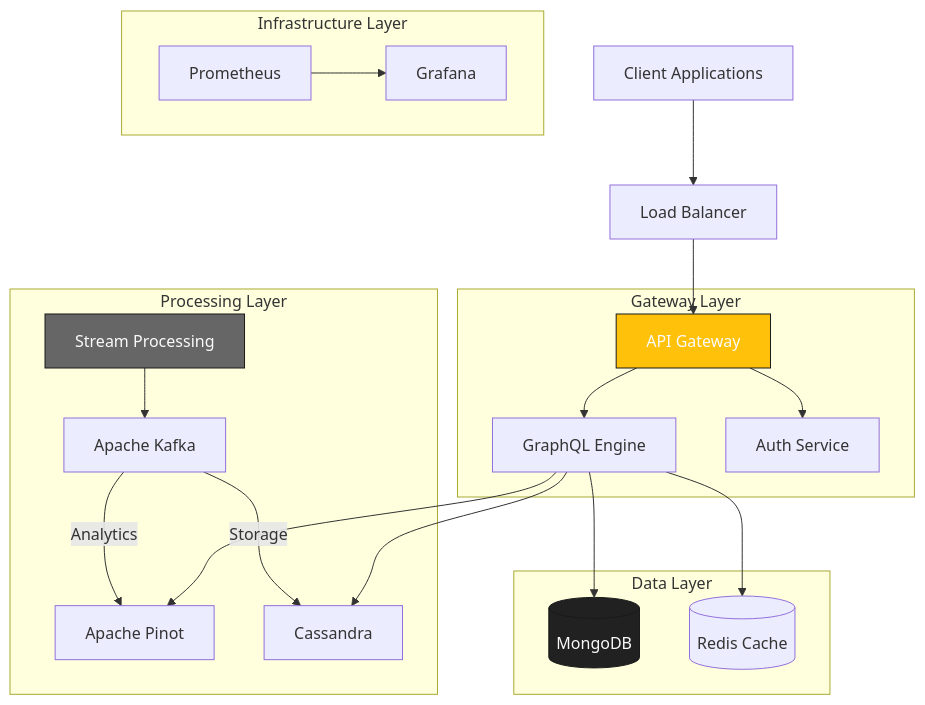
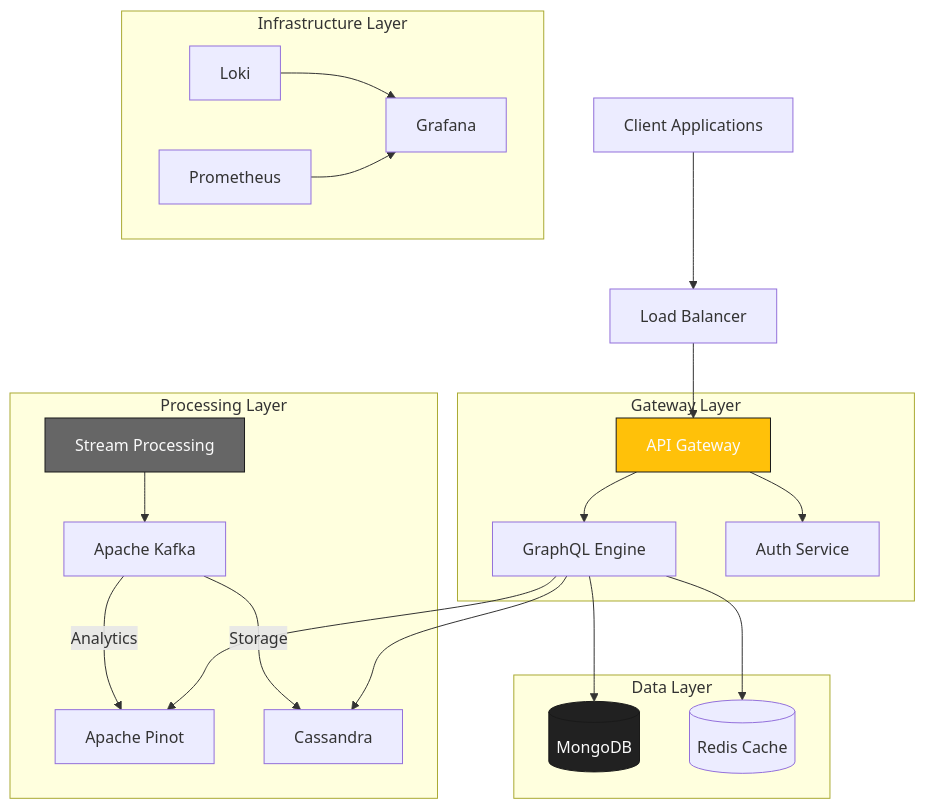
One commit to flamingo-stack/openframe-oss-tenant changed the diagram in README.md. Above: the diagram before and after it, drawn with Mermaid.

Commit message:
upd readme

````diff
--- a/README.md
+++ b/README.md
@@ -59,31 +59,32 @@
 ```mermaid
 flowchart TB
     Client[Client Applications] --> LB[Load Balancer]
     LB --> Gateway[API Gateway]
     
     subgraph "Gateway Layer"
         Gateway --> GraphQL[GraphQL Engine]
         Gateway --> Auth[Auth Service]
     end
     
     subgraph "Processing Layer"
         Stream[Stream Processing] --> Kafka[Apache Kafka]
         Kafka --> |Analytics| Pinot[Apache Pinot]
         Kafka --> |Storage| Cassandra[Cassandra]
     end
     
     subgraph "Data Layer"
         GraphQL --> MongoDB[(MongoDB)]
         GraphQL --> Cassandra
         GraphQL --> Pinot
         GraphQL --> Redis[(Redis Cache)]
     end
     
     subgraph "Infrastructure Layer"
+        Loki       --> Grafana
         Prometheus --> Grafana
     end
     
     style Gateway fill:#FFC109,stroke:#1A1A1A,color:#FAFAFA
     style Stream fill:#666666,stroke:#1A1A1A,color:#FAFAFA
     style MongoDB fill:#212121,stroke:#1A1A1A,color:#FAFAFA
 ```
````
